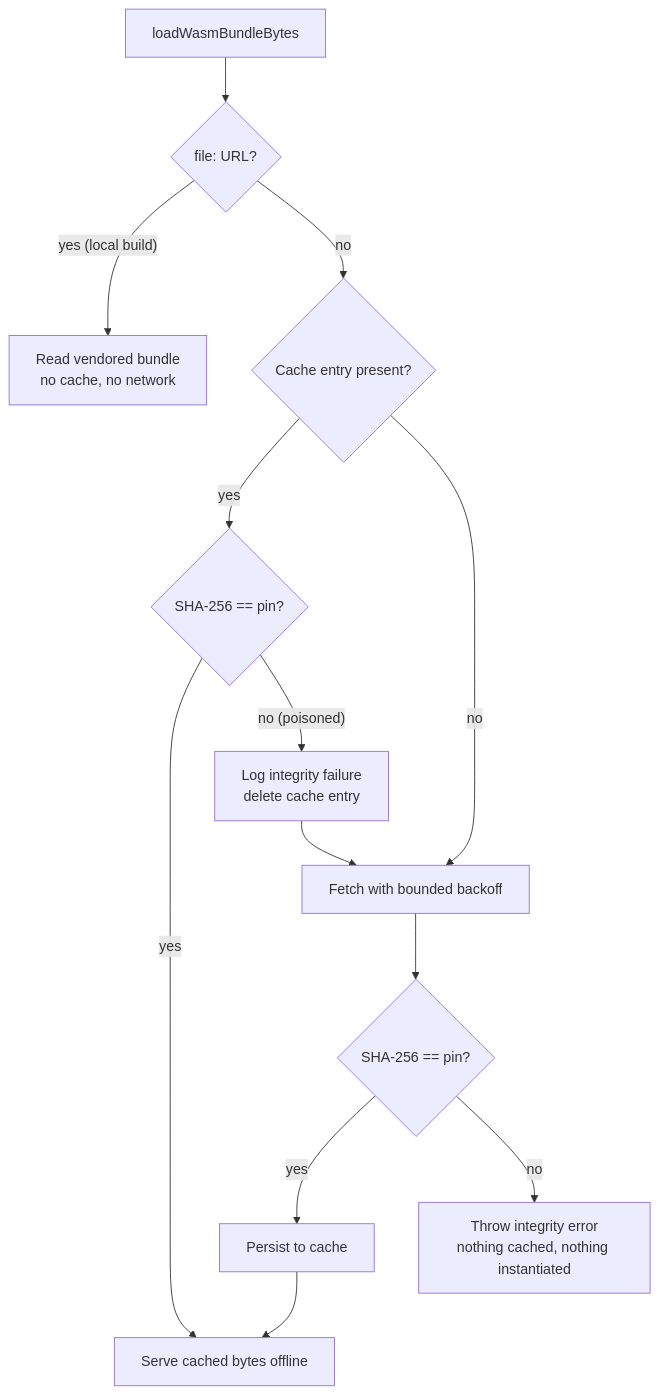
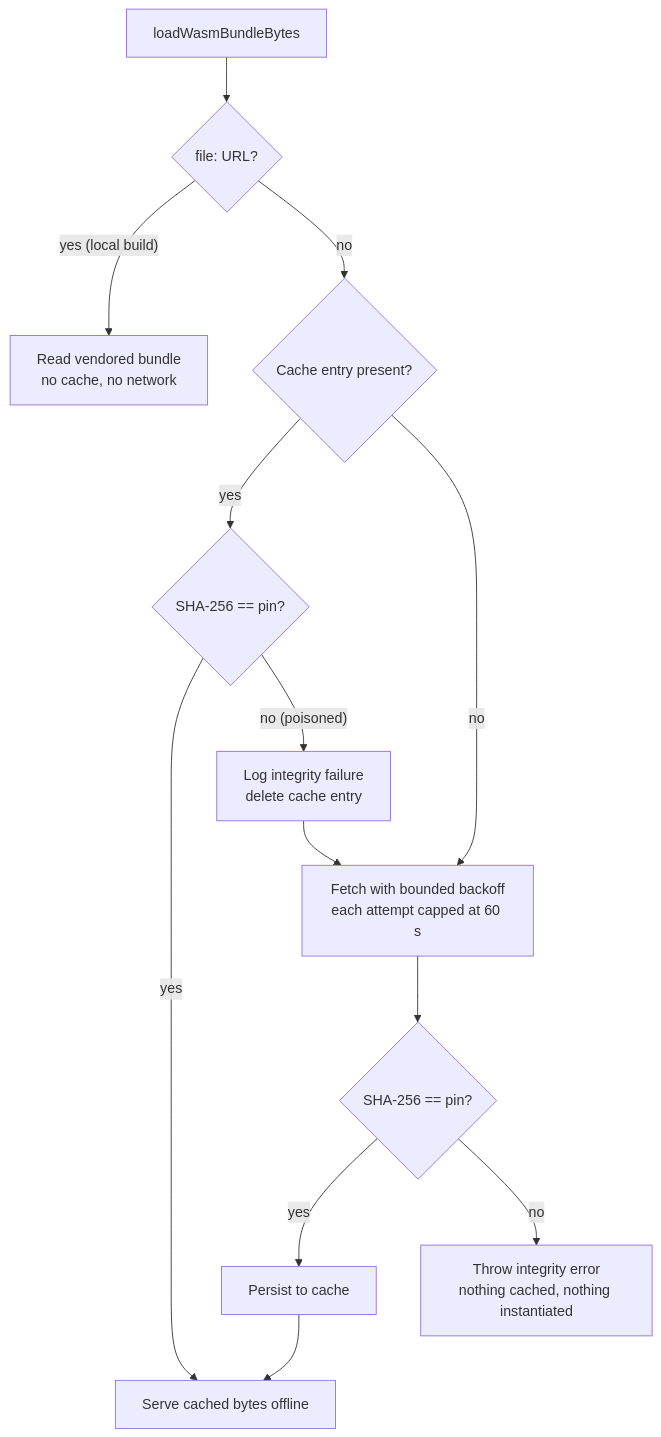
One commit to stSoftwareAU/NEAT-AI changed the third of 4 diagrams in docs/troubleshooting/WASM.md. Above: the diagram before and after it, drawn with Mermaid. The commit also changed other lines of this file and 14 other files, not shown here.

````diff
--- a/docs/troubleshooting/WASM.md
+++ b/docs/troubleshooting/WASM.md
@@ -233,14 +233,14 @@
 ```mermaid
 flowchart TD
     Start[loadWasmBundleBytes] --> Local{file: URL?}
     Local -- "yes (local build)" --> Read[Read vendored bundle<br/>no cache, no network]
     Local -- no --> Hit{Cache entry present?}
     Hit -- yes --> VerifyC{SHA-256 == pin?}
     VerifyC -- yes --> Serve[Serve cached bytes offline]
     VerifyC -- "no (poisoned)" --> Purge[Log integrity failure<br/>delete cache entry]
-    Hit -- no --> Fetch[Fetch with bounded backoff]
+    Hit -- no --> Fetch[Fetch with bounded backoff<br/>each attempt capped at 60 s]
     Purge --> Fetch
     Fetch --> VerifyF{SHA-256 == pin?}
     VerifyF -- yes --> Persist[Persist to cache] --> Serve
     VerifyF -- no --> Fail[Throw integrity error<br/>nothing cached, nothing instantiated]
 ```
````
